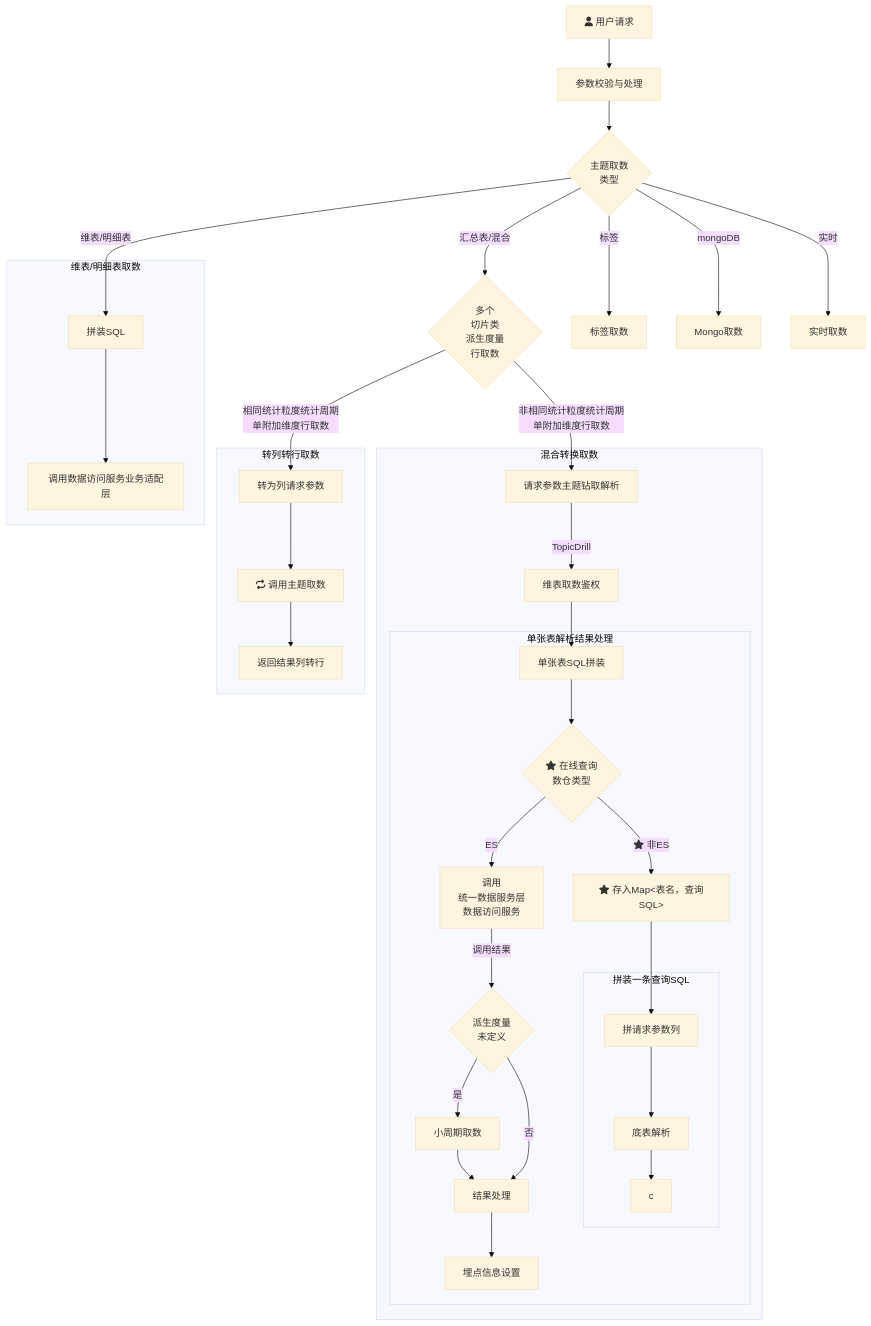
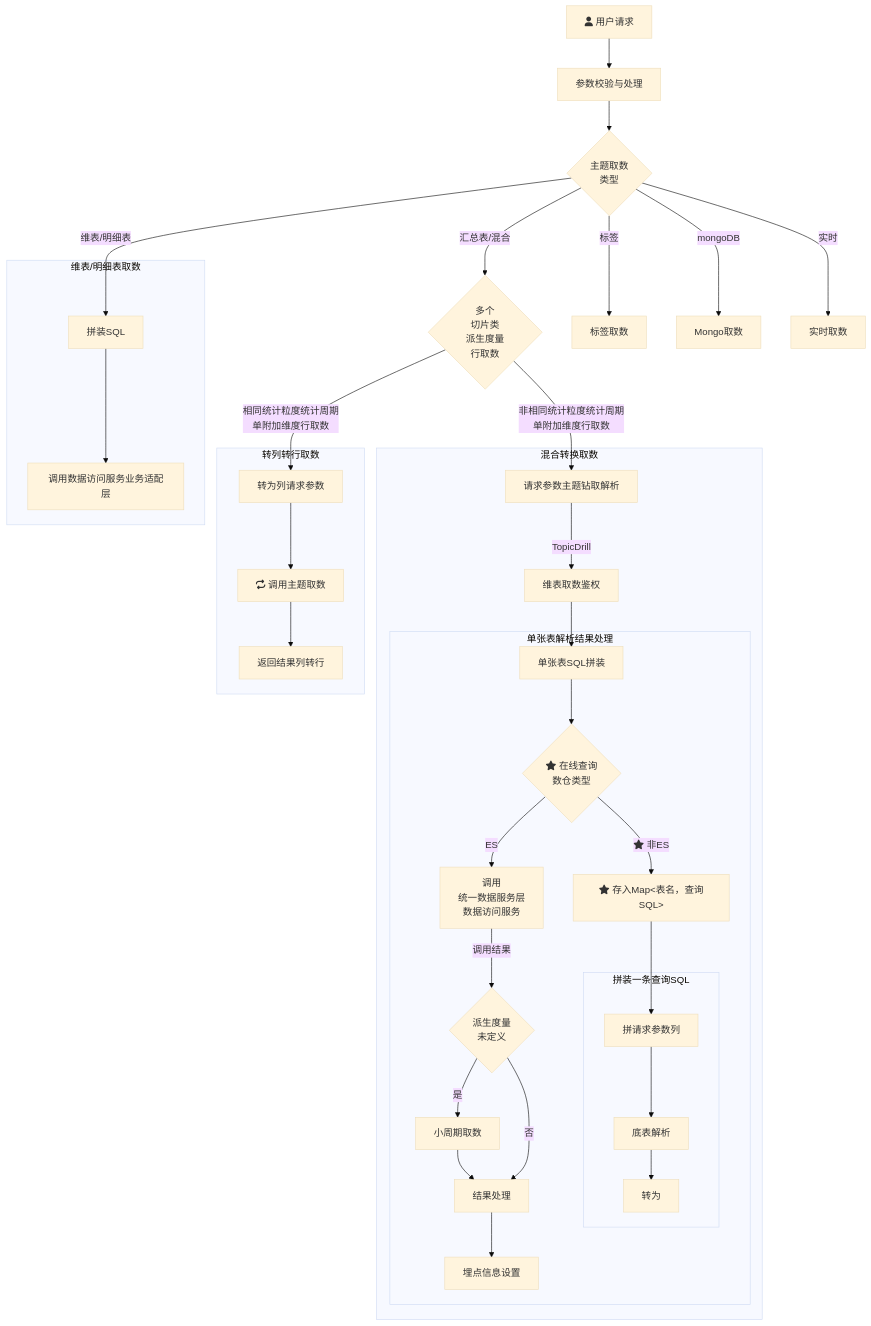
The diagram in all/未命名.md (yanglosm/iodraw-files), drawn with Mermaid (base theme) before and after one commit.

Commit message:
2024-11-29 19:36:04 update

````diff
--- a/all/未命名.md
+++ b/all/未命名.md
@@ -1,30 +1,30 @@
 ```mermaid
 flowchart TD
     A[fa:fa-user 用户请求] -->A1[参数校验与处理] --> B{主题取数\n类型}
     B -->|维表/明细表| D[拼装SQL]
     B -->|汇总表/混合| E{多个\n切片类\n派生度量\n行取数}
     B -->|标签| F[标签取数]
     B -->|mongoDB| G[Mongo取数]
     B -->|实时| H[实时取数]
     E -->|相同统计粒度统计周期\n单附加维度行取数| E1[转为列请求参数]
     E -->|非相同统计粒度统计周期\n单附加维度行取数| T1[请求参数主题钻取解析]
     subgraph 维表/明细表取数
     D-->D1[调用数据访问服务业务适配层]
     end
     subgraph 转列转行取数
     E1-->E11[fa:fa-repeat 调用主题取数]-->E12[返回结果列转行]
     end
     subgraph 混合转换取数
     T1-->|TopicDrill| T2[维表取数鉴权] --> T31[单张表SQL拼装]
         subgraph 单张表解析结果处理
         T31 --> T4{fa:fa-star 在线查询\n数仓类型}-->|ES|T32[调用\n统一数据服务层\n数据访问服务] --> |调用结果|T33{派生度量\n未定义}
         T33 --> |是|T33_1[小周期取数]-->T34[结果处理]-->T35[埋点信息设置]
         T33 --> |否|T34
         T4 --> |fa:fa-star 非ES|T41["fa:fa-star 存入Map<表名，查询SQL>"]
         T41 --> T42[拼请求参数列]
             subgraph 拼装一条查询SQL
-            T42 --> M1[底表解析] --> M2[c]
+            T42 --> M1[底表解析] --> M2[转为]
             end
         end
     end
 ```
````
